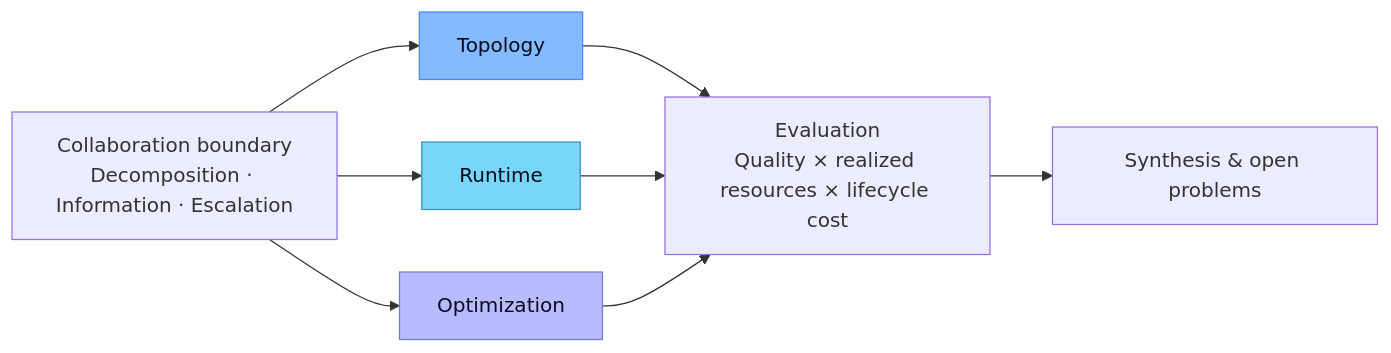
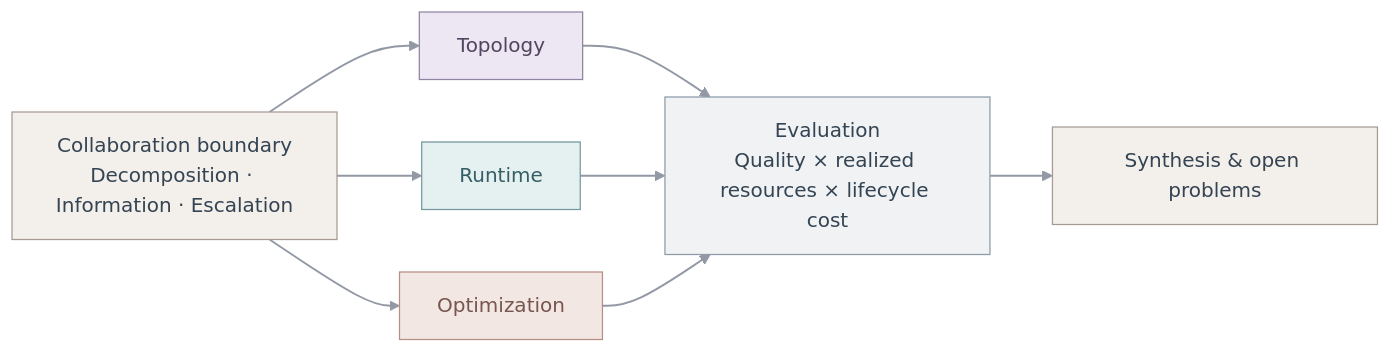
One commit to Lexiang-Xiong/Awesome-Efficient-MAS changed the diagram in README.md. Above: the diagram before and after it, drawn with Mermaid. The commit also changed other lines of this file and 1 other file, not shown here.

Commit message:
Add survey figures and harmonize README diagram colors

````diff
--- a/README.md
+++ b/README.md
@@ -31,13 +31,17 @@
 ```mermaid
 flowchart LR
   B["Collaboration boundary<br/>Decomposition · Information · Escalation"] --> T[Topology]
   B --> R[Runtime]
   B --> O[Optimization]
   T --> E["Evaluation<br/>Quality × realized resources × lifecycle cost"]
   R --> E
   O --> E
   E --> S["Synthesis & open problems"]
-  style T fill:#85baff,color:#070d1c,stroke:#448aff
-  style R fill:#78d6fa,color:#070d1c,stroke:#3c91bc
-  style O fill:#b8bbff,color:#070d1c,stroke:#777bca
+  style B fill:#F3EFEB,color:#344453,stroke:#A69B93
+  style T fill:#ECE7F2,color:#51465F,stroke:#9184A3
+  style R fill:#E5F0F1,color:#365E65,stroke:#72989E
+  style O fill:#F3E7E3,color:#77564E,stroke:#B78E84
+  style E fill:#F0F2F4,color:#344453,stroke:#8D9BA8
+  style S fill:#F3EFEB,color:#344453,stroke:#A69B93
+  linkStyle default stroke:#9299A5,stroke-width:1.5px
 ```
````
